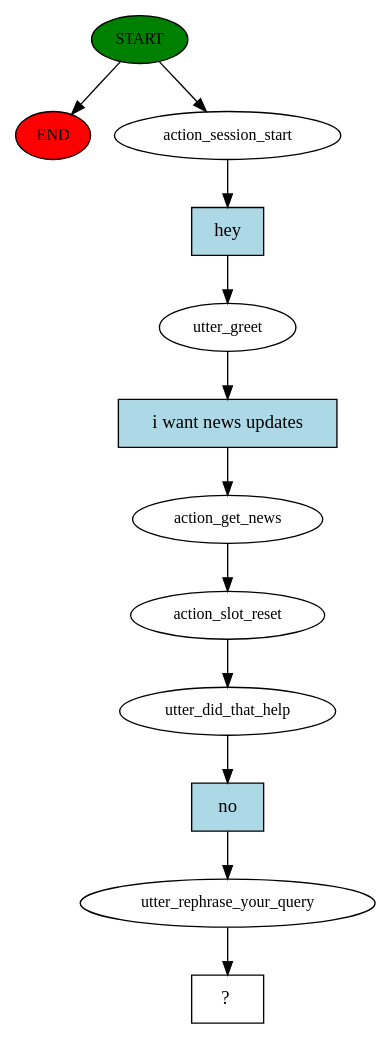
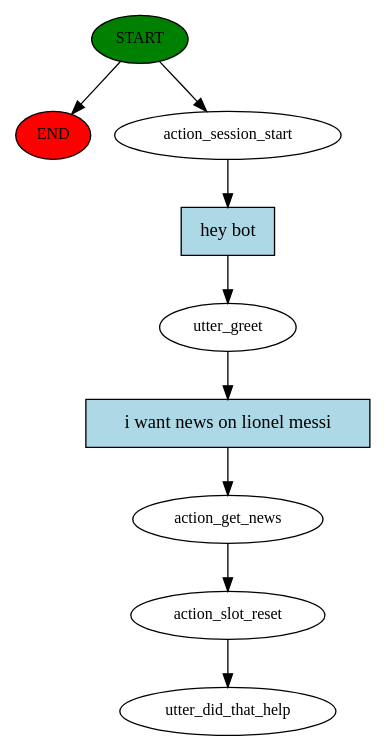
Before and after one commit to AyodejiIbimilua/jamisi-bot: the diagram in story_graph.dot, drawn with Graphviz. The commit also changed 2 other files, not shown here.

```diff
--- a/story_graph.dot
+++ b/story_graph.dot
@@ -1,25 +1,19 @@
 digraph  {
 0 [class="start active", fillcolor=green, fontsize=12, label=START, style=filled];
 "-1" [class=end, fillcolor=red, fontsize=12, label=END, style=filled];
 1 [class=active, fontsize=12, label=action_session_start];
 2 [class=active, fontsize=12, label=utter_greet];
 3 [class=active, fontsize=12, label=action_get_news];
 4 [class=active, fontsize=12, label=action_slot_reset];
-5 [class=active, fontsize=12, label=utter_did_that_help];
-6 [class=active, fontsize=12, label=utter_rephrase_your_query];
-7 [class="intent dashed active", label="  ?  ", shape=rect];
-8 [class="intent active", fillcolor=lightblue, label=hey, shape=rect, style=filled];
-9 [class="intent active", fillcolor=lightblue, label="i want news updates", shape=rect, style=filled];
-10 [class="intent active", fillcolor=lightblue, label=no, shape=rect, style=filled];
+5 [class="dashed active", fontsize=12, label=utter_did_that_help];
+6 [class="intent active", fillcolor=lightblue, label="hey bot", shape=rect, style=filled];
+7 [class="intent active", fillcolor=lightblue, label="i want news on lionel messi", shape=rect, style=filled];
 0 -> "-1"  [class="", key=NONE, label=""];
 0 -> 1  [class=active, key=NONE, label=""];
-1 -> 8  [class=active, key=0];
-2 -> 9  [class=active, key=0];
+1 -> 6  [class=active, key=0];
+2 -> 7  [class=active, key=0];
 3 -> 4  [class=active, key=NONE, label=""];
 4 -> 5  [class=active, key=NONE, label=""];
-5 -> 10  [class=active, key=0];
-6 -> 7  [class=active, key=NONE, label=""];
-8 -> 2  [class=active, key=0];
-9 -> 3  [class=active, key=0];
-10 -> 6  [class=active, key=0];
+6 -> 2  [class=active, key=0];
+7 -> 3  [class=active, key=0];
 }
```
